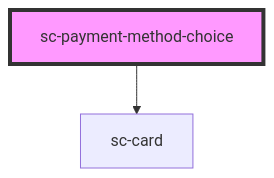
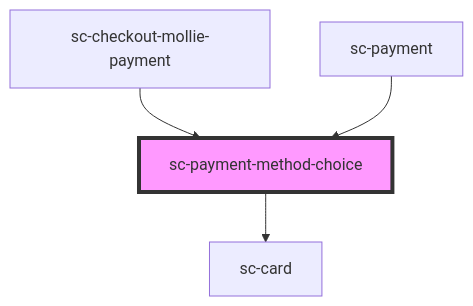
One commit to surecart/surecart-wp-plugin changed the diagram in packages/components/src/components/processors/sc-payment-method-choice/readme.md. Above: the diagram before and after it, drawn with Mermaid. The commit also changed other lines of this file and 52 other files, not shown here.

````diff
--- a/packages/components/src/components/processors/sc-payment-method-choice/readme.md
+++ b/packages/components/src/components/processors/sc-payment-method-choice/readme.md
@@ -38,5 +42,7 @@
 ```mermaid
 graph TD;
   sc-payment-method-choice --> sc-card
+  sc-checkout-mollie-payment --> sc-payment-method-choice
+  sc-payment --> sc-payment-method-choice
   style sc-payment-method-choice fill:#f9f,stroke:#333,stroke-width:4px
 ```
````
